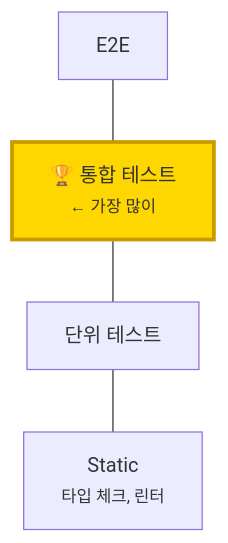
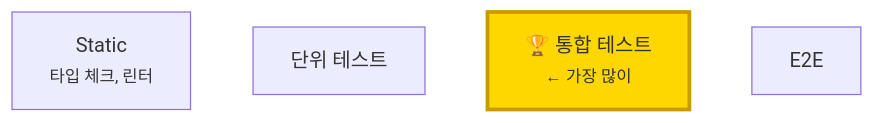
The second of 3 diagrams in content/posts/2024-08-10-testcontainers-integration-test-strategy.md (Gyeom/dev-notes), drawn with Mermaid before and after one commit. The commit also changed other lines of this file and 1 other file, not shown here.

Commit message:
Update: DLQ 포스트 제목/본문 수정 (PostgreSQL → DB 기반), testcontainers Mermaid 레이아웃 개선

````diff
--- a/content/posts/2024-08-10-testcontainers-integration-test-strategy.md
+++ b/content/posts/2024-08-10-testcontainers-integration-test-strategy.md
@@ -669,11 +665,6 @@
 ```mermaid
-flowchart TB
-    E2E2["E2E"]
-    Integration2["🏆 통합 테스트<br/><small>← 가장 많이</small>"]
-    Unit2["단위 테스트"]
-    Static["Static<br/><small>타입 체크, 린터</small>"]
-
-    E2E2 --- Integration2 --- Unit2 --- Static
+flowchart LR
+    Static["Static<br/><small>타입 체크, 린터</small>"] ~~~ Unit2["단위 테스트"] ~~~ Integration2["🏆 통합 테스트<br/><small>← 가장 많이</small>"] ~~~ E2E2["E2E"]
 
     style Integration2 fill:#ffd700,stroke:#cc9900,stroke-width:3px
 ```
````
